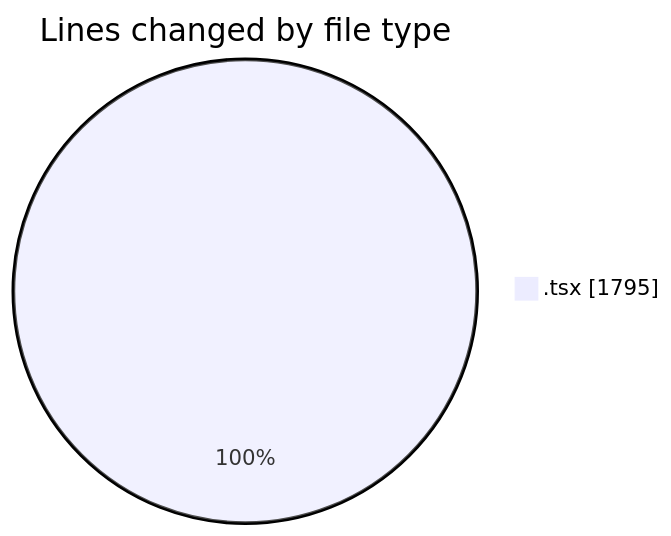
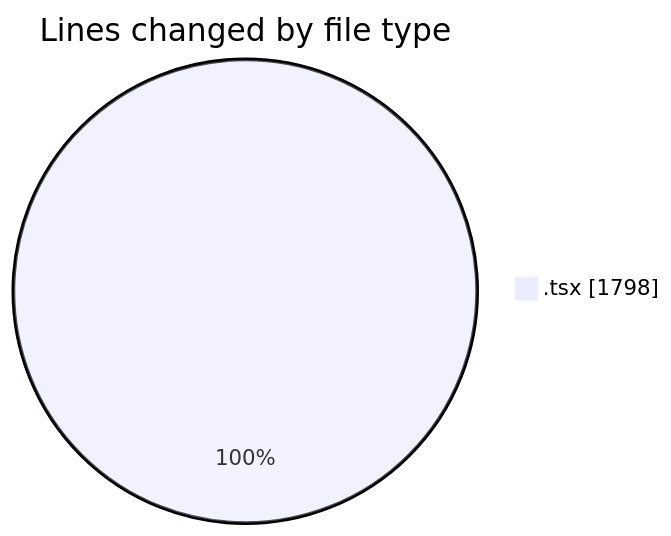
The first of 2 diagrams in 2026-04-22/nxtqube_webapp/README.md (nxtqubesakshisongat/code-tracking), drawn with Mermaid before and after one commit. The commit also changed other lines of this file and 1 other file, not shown here.

````diff
--- a/2026-04-22/nxtqube_webapp/README.md
+++ b/2026-04-22/nxtqube_webapp/README.md
@@ -21,5 +21,5 @@
 ```mermaid
 pie showData
 title Lines changed by file type
-".tsx" : 1795
+".tsx" : 1798
 ```
````
